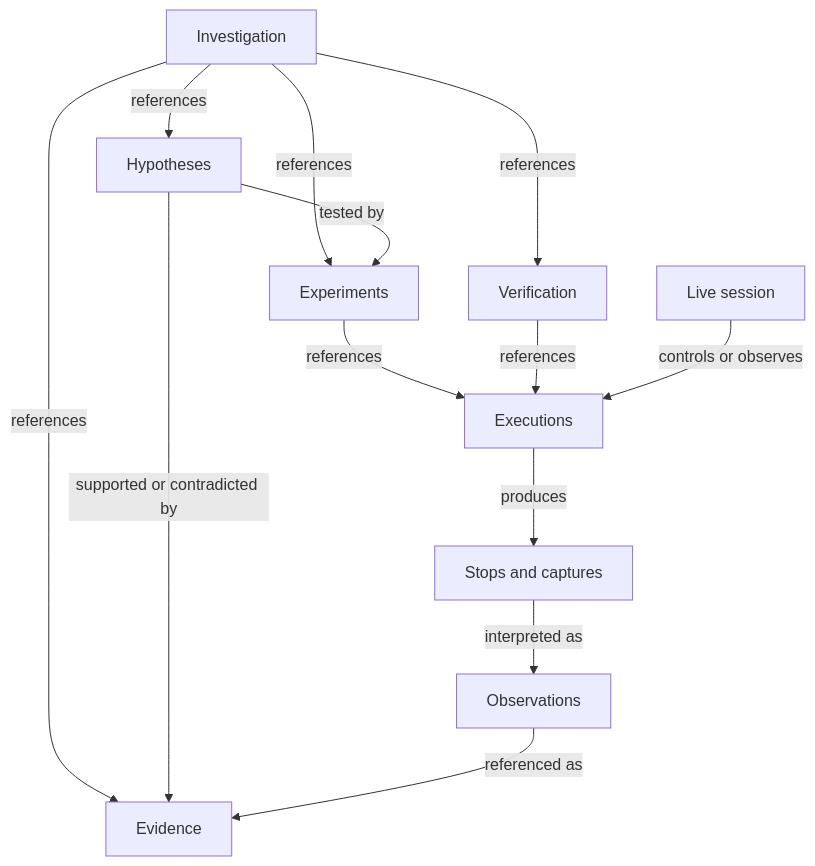
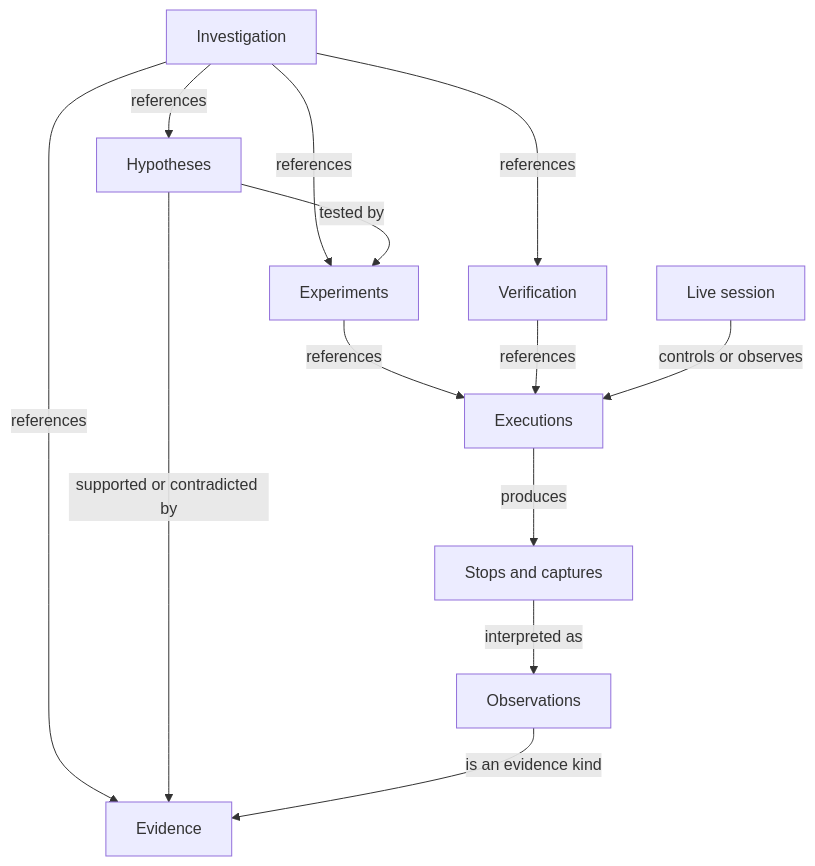
Before and after one commit to encero-systems/incan: the first of 2 diagrams in workspaces/docs-site/docs/RFCs/126_oven_debugging_and_evidence_backed_investigations.md, drawn with Mermaid. The commit also changed other lines of this file, not shown here.

````diff
--- a/workspaces/docs-site/docs/RFCs/126_oven_debugging_and_evidence_backed_investigations.md
+++ b/workspaces/docs-site/docs/RFCs/126_oven_debugging_and_evidence_backed_investigations.md
@@ -41,15 +41,15 @@
 ```mermaid
 flowchart TD
     I[Investigation] -->|references| H[Hypotheses]
     I -->|references| E[Experiments]
     I -->|references| D[Evidence]
     I -->|references| V[Verification]
     H -->|supported or contradicted by| D
     H -->|tested by| E
     E -->|references| X[Executions]
     V -->|references| X
     S[Live session] -->|controls or observes| X
     X -->|produces| C[Stops and captures]
     C -->|interpreted as| O[Observations]
-    O -->|referenced as| D
+    O -->|is an evidence kind| D
 ```
````
